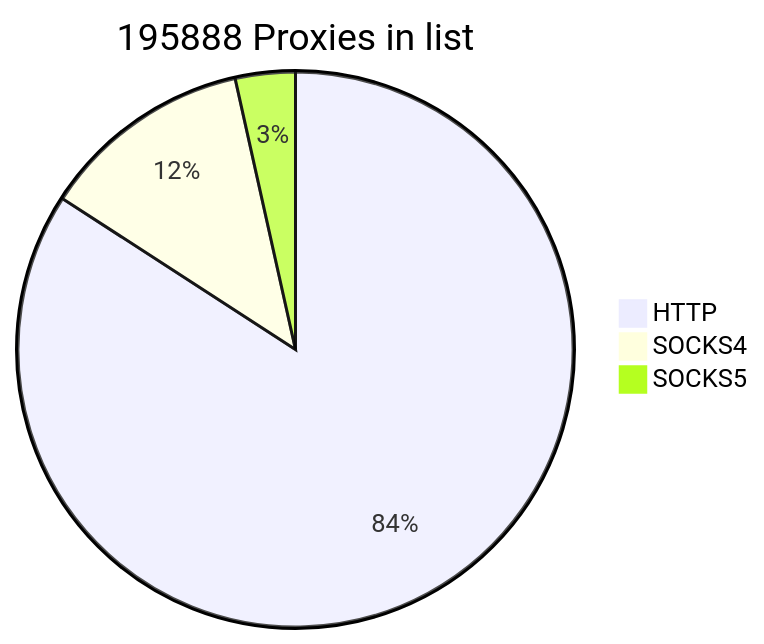
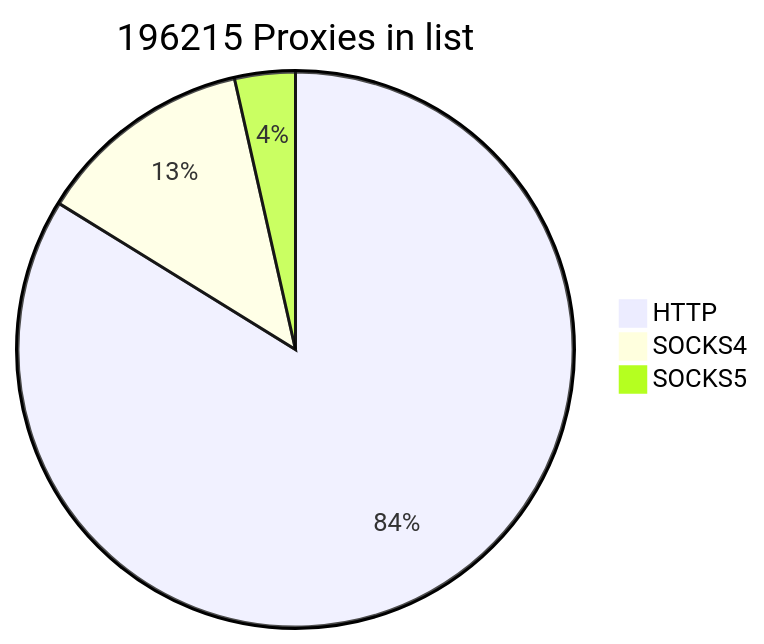
One commit to cutipu/proxylist changed the first of 2 diagrams in README.md. Above: the diagram before and after it, drawn with Mermaid. The commit also changed other lines of this file, not shown here.

````diff
--- a/README.md
+++ b/README.md
@@ -2,7 +2,7 @@
 ```mermaid
-pie title 195888 Proxies in list
-    "HTTP" : 164836
-    "SOCKS4" : 24218
-    "SOCKS5" : 6834
+pie title 196215 Proxies in list
+    "HTTP" : 164445
+    "SOCKS4" : 24849
+    "SOCKS5" : 6921
             
 ```
````
